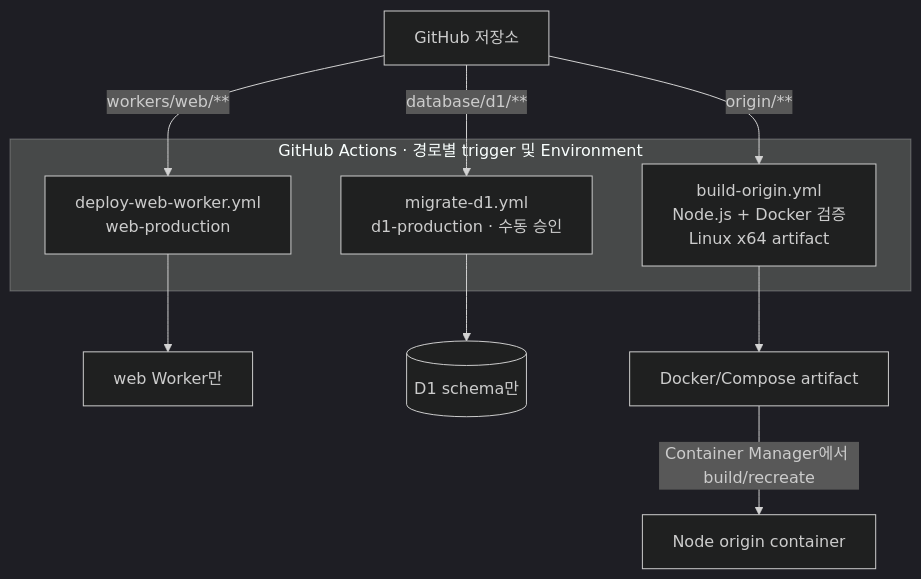
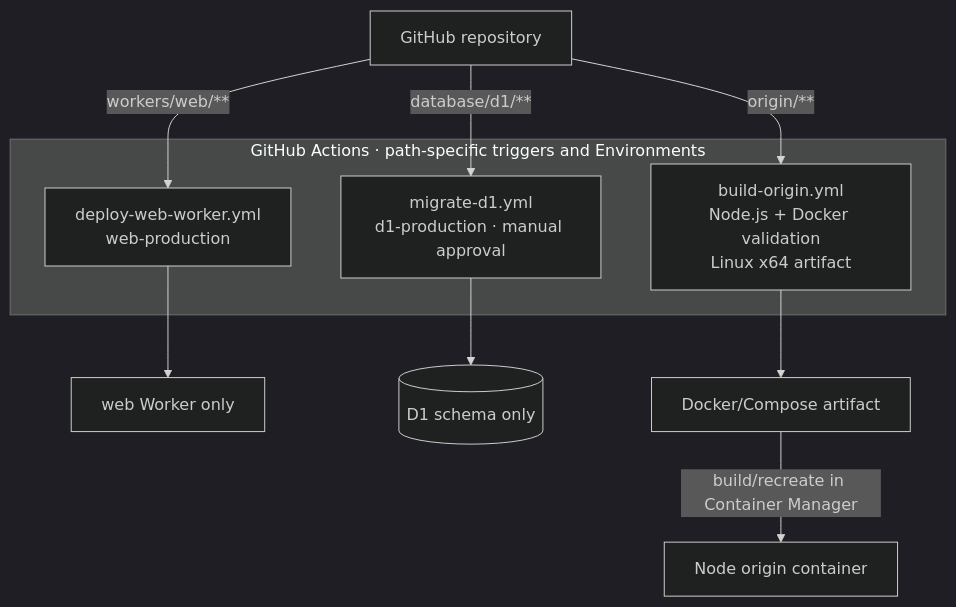
One commit to octopus7/meme changed the fourth of 4 diagrams in docs/architecture.md. Above: the diagram before and after it, drawn with Mermaid (dark theme). The commit also changed other lines of this file and 23 other files, not shown here.

````diff
--- a/docs/architecture.md
+++ b/docs/architecture.md
@@ -115,15 +100,15 @@
 ```mermaid
 flowchart TB
-    GH["GitHub 저장소"]
+    GH["GitHub repository"]
 
-    subgraph GA["GitHub Actions · 경로별 trigger 및 Environment"]
+    subgraph GA["GitHub Actions · path-specific triggers and Environments"]
         WW["deploy-web-worker.yml<br/>web-production"]
-        DB["migrate-d1.yml<br/>d1-production · 수동 승인"]
-        OB["build-origin.yml<br/>Node.js + Docker 검증<br/>Linux x64 artifact"]
+        DB["migrate-d1.yml<br/>d1-production · manual approval"]
+        OB["build-origin.yml<br/>Node.js + Docker validation<br/>Linux x64 artifact"]
     end
 
-    GH -->|"workers/web/**"| WW --> W["web Worker만"]
-    GH -->|"database/d1/**"| DB --> D[("D1 schema만")]
+    GH -->|"workers/web/**"| WW --> W["web Worker only"]
+    GH -->|"database/d1/**"| DB --> D[("D1 schema only")]
     GH -->|"origin/**"| OB --> AR["Docker/Compose artifact"]
-    AR -->|"Container Manager에서 build/recreate"| O["Node origin container"]
+    AR -->|"build/recreate in Container Manager"| O["Node origin container"]
 ```
````
